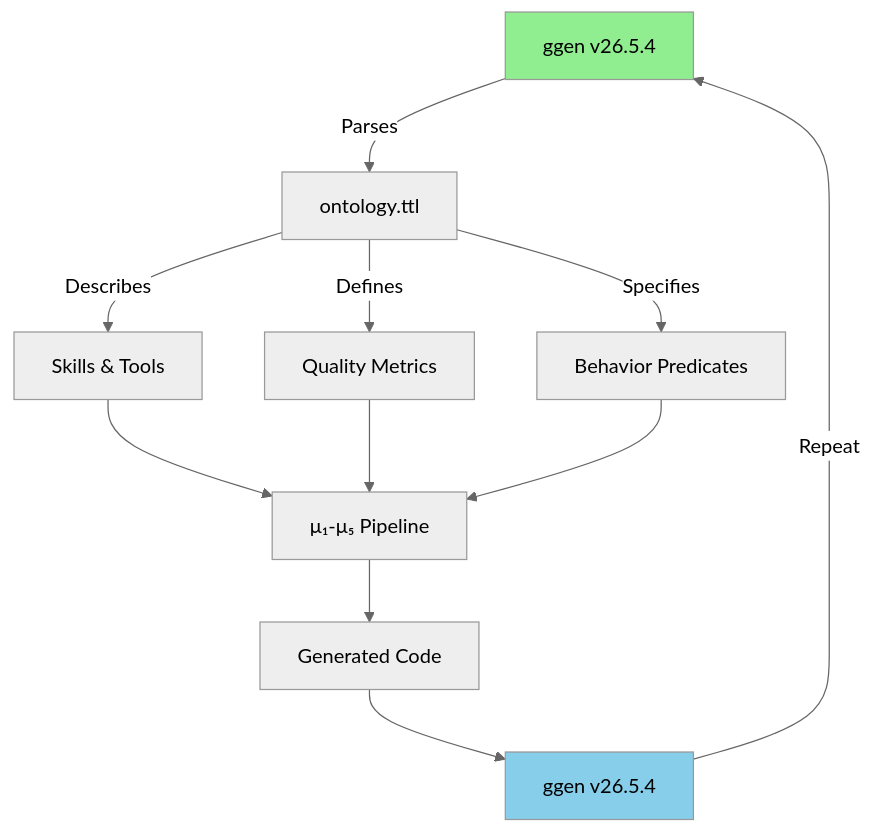
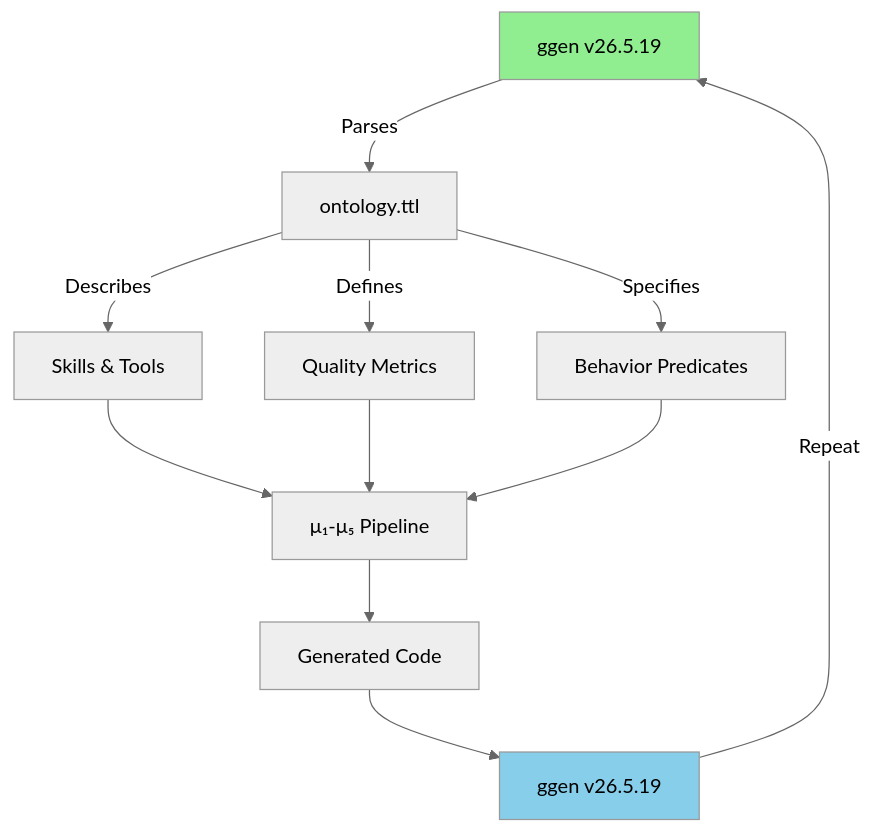
Before and after one commit to seanchatmangpt/ggen: the second of 2 diagrams in examples/self-play/README.md, drawn with Mermaid (neutral theme). The commit also changed other lines of this file and 269 other files, not shown here.

````diff
--- a/examples/self-play/README.md
+++ b/examples/self-play/README.md
@@ -39,18 +39,18 @@
 ```mermaid
 graph TD
-    A[ggen v26.5.4] -->|Parses| B[ontology.ttl]
+    A[ggen v26.5.19] -->|Parses| B[ontology.ttl]
     B -->|Describes| C[Skills & Tools]
     B -->|Defines| D[Quality Metrics]
     B -->|Specifies| E[Behavior Predicates]
 
     C --> F[μ₁-μ₅ Pipeline]
     D --> F
     E --> F
 
     F --> G[Generated Code]
-    G --> H[ggen v26.5.4]
+    G --> H[ggen v26.5.19]
     H -->|Repeat| A
 
     style A fill:#90EE90
     style H fill:#87CEEB
 ```
````
